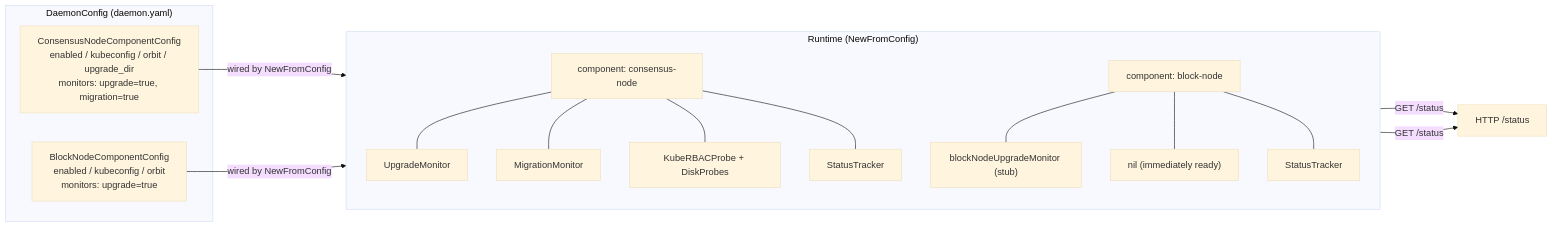
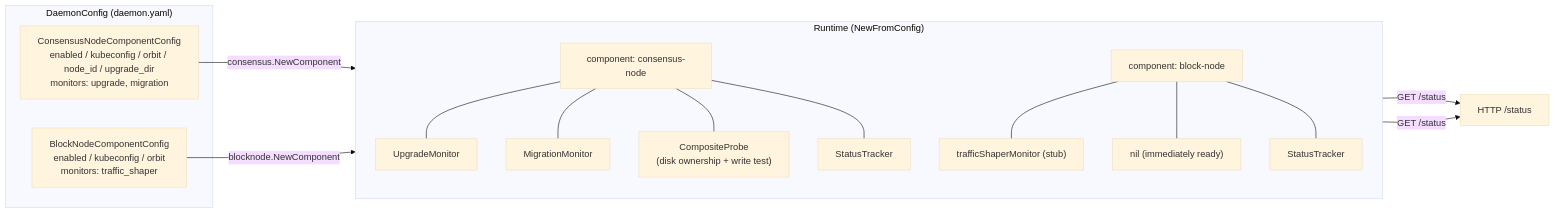
Before and after one commit to hashgraph/solo-weaver: the second of 7 diagrams in docs/dev/daemon/daemon-architecture.md, drawn with Mermaid (base theme). The commit also changed other lines of this file, not shown here.

Commit message:
docs: add daemon architecture doc

````diff
--- a/docs/dev/daemon/daemon-architecture.md
+++ b/docs/dev/daemon/daemon-architecture.md
@@ -157,27 +261,27 @@
 ```mermaid
 graph LR
     subgraph cfg_box["DaemonConfig (daemon.yaml)"]
-        cn_cfg["ConsensusNodeComponentConfig\nenabled / kubeconfig / orbit / upgrade_dir\nmonitors: upgrade=true, migration=true"]
-        bn_cfg["BlockNodeComponentConfig\nenabled / kubeconfig / orbit\nmonitors: upgrade=true"]
+        cn_cfg["ConsensusNodeComponentConfig\nenabled / kubeconfig / orbit / node_id / upgrade_dir\nmonitors: upgrade, migration"]
+        bn_cfg["BlockNodeComponentConfig\nenabled / kubeconfig / orbit\nmonitors: traffic_shaper"]
     end
 
     subgraph runtime["Runtime (NewFromConfig)"]
         direction TB
         cn_comp["component: consensus-node"]
         cn_comp --- up_mon2["UpgradeMonitor"]
         cn_comp --- mig_mon2["MigrationMonitor"]
-        cn_comp --- cn_probe["KubeRBACProbe + DiskProbes"]
+        cn_comp --- cn_probe["CompositeProbe\n(disk ownership + write test)"]
         cn_comp --- cn_tracker["StatusTracker"]
 
         bn_comp["component: block-node"]
-        bn_comp --- bn_mon2["blockNodeUpgradeMonitor (stub)"]
+        bn_comp --- bn_mon2["trafficShaperMonitor (stub)"]
         bn_comp --- bn_probe["nil (immediately ready)"]
         bn_comp --- bn_tracker["StatusTracker"]
     end
 
-    cn_cfg -->|"wired by NewFromConfig"| cn_comp
-    bn_cfg -->|"wired by NewFromConfig"| bn_comp
+    cn_cfg -->|"consensus.NewComponent"| cn_comp
+    bn_cfg -->|"blocknode.NewComponent"| bn_comp
 
     cn_tracker -->|"GET /status"| http2["HTTP /status"]
     bn_tracker -->|"GET /status"| http2
 ```
````
